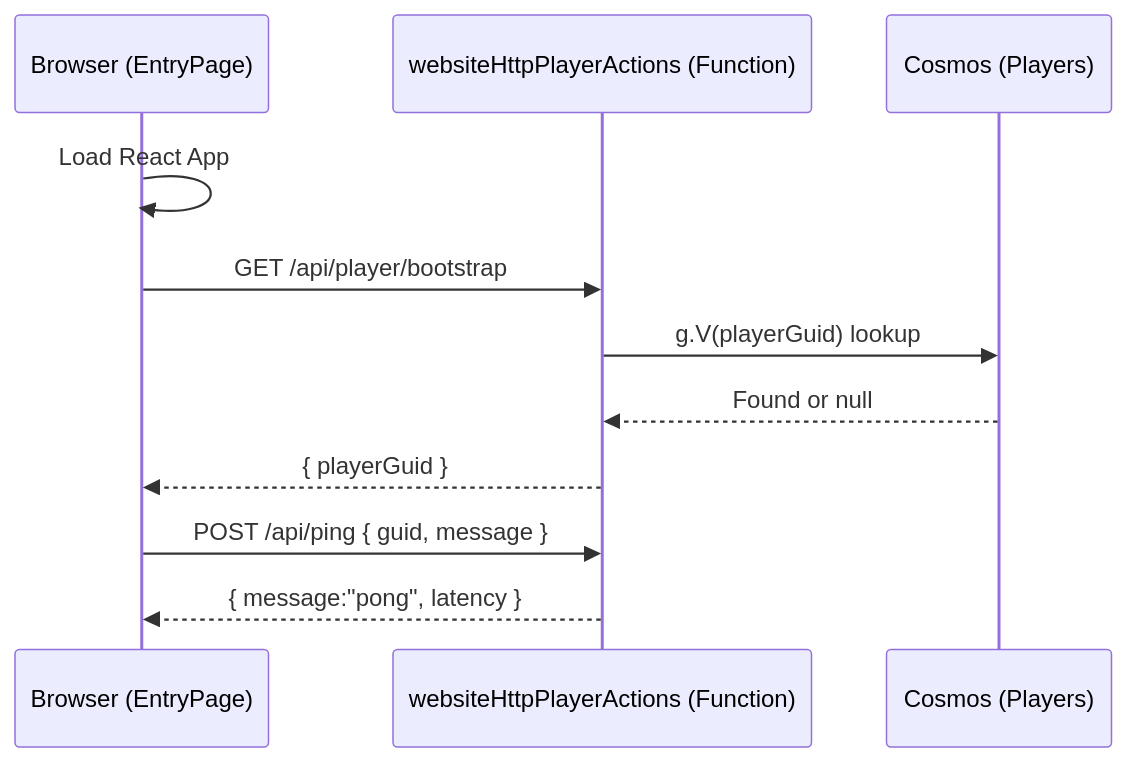
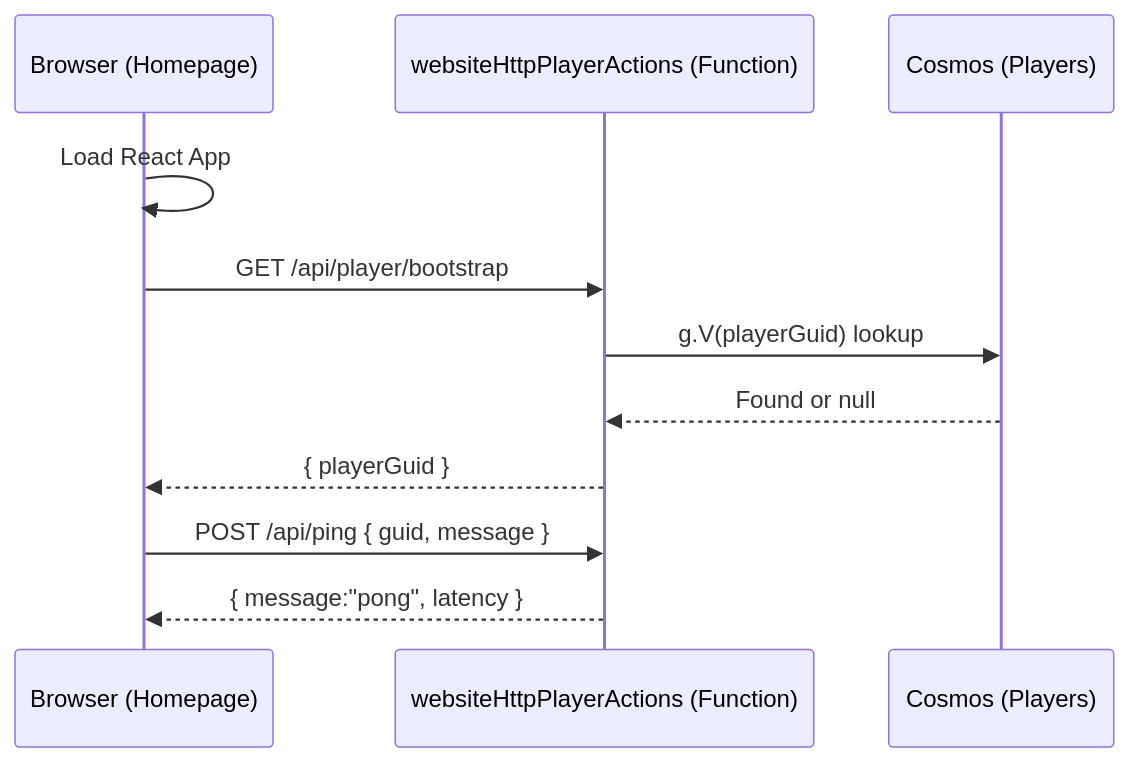
The second of 2 diagrams in docs/ux/user-flows/entry-onboarding-flow.md (piquet-h/the-shifting-atlas), drawn with Mermaid before and after one commit. The commit also changed other lines of this file and 8 other files, not shown here.

````diff
--- a/docs/ux/user-flows/entry-onboarding-flow.md
+++ b/docs/ux/user-flows/entry-onboarding-flow.md
@@ -58,13 +93,13 @@
 ```mermaid
 sequenceDiagram
-  participant U as Browser (EntryPage)
+  participant U as Browser (Homepage)
   participant A as websiteHttpPlayerActions (Function)
   participant DB as Cosmos (Players)
   U->>U: Load React App
   U->>A: GET /api/player/bootstrap
   A->>DB: g.V(playerGuid) lookup
   DB-->>A: Found or null
   A-->>U: { playerGuid }
   U->>A: POST /api/ping { guid, message }
   A-->>U: { message:"pong", latency }
 ```
````
